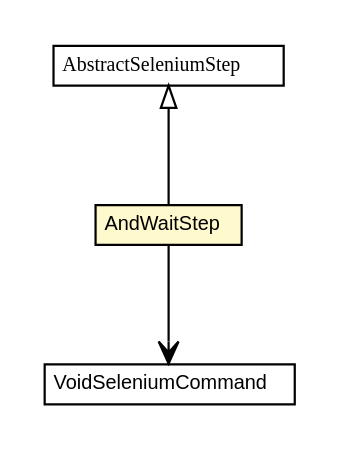
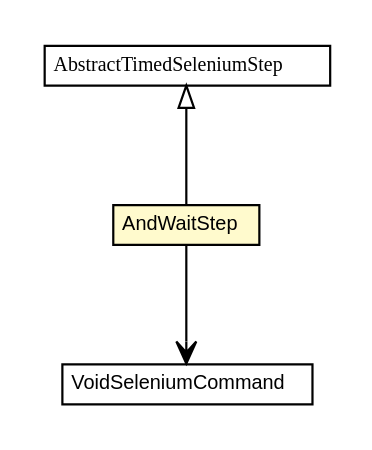
The diagram in play1-maven-plugin/1.0.0-beta8-SNAPSHOT/play-selenium-junit4/apidocs/com/google/code/play/selenium/step/AndWaitStep.dot (play1-maven-plugin/play1-maven-plugin.github.io), drawn with Graphviz before and after one commit. The commit also changed 669 other files, not shown here.

```diff
--- a/play1-maven-plugin/1.0.0-beta8-SNAPSHOT/play-selenium-junit4/apidocs/com/google/code/play/selenium/step/AndWaitStep.dot
+++ b/play1-maven-plugin/1.0.0-beta8-SNAPSHOT/play-selenium-junit4/apidocs/com/google/code/play/selenium/step/AndWaitStep.dot
@@ -1,34 +1,34 @@
 #!/usr/local/bin/dot
 #
 # Class diagram 
 # Generated by UMLGraph version R5_6-24-gf6e263 (http://www.umlgraph.org/)
 #
 
 digraph G {
 	edge [fontname="arial",fontsize=10,labelfontname="arial",labelfontsize=10];
 	node [fontname="arial",fontsize=10,shape=plaintext];
 	nodesep=0.25;
 	ranksep=0.5;
 	// com.google.code.play.selenium.step.VoidSeleniumCommand
-	c321 [label=<<table title="com.google.code.play.selenium.step.VoidSeleniumCommand" border="0" cellborder="1" cellspacing="0" cellpadding="2" port="p" href="./VoidSeleniumCommand.html">
+	c308 [label=<<table title="com.google.code.play.selenium.step.VoidSeleniumCommand" border="0" cellborder="1" cellspacing="0" cellpadding="2" port="p" href="./VoidSeleniumCommand.html">
 		<tr><td><table border="0" cellspacing="0" cellpadding="1">
 <tr><td align="center" balign="center"> VoidSeleniumCommand </td></tr>
 		</table></td></tr>
 		</table>>, URL="./VoidSeleniumCommand.html", fontname="arial", fontcolor="black", fontsize=9.0];
 	// com.google.code.play.selenium.step.AndWaitStep
-	c351 [label=<<table title="com.google.code.play.selenium.step.AndWaitStep" border="0" cellborder="1" cellspacing="0" cellpadding="2" port="p" bgcolor="lemonChiffon" href="./AndWaitStep.html">
+	c335 [label=<<table title="com.google.code.play.selenium.step.AndWaitStep" border="0" cellborder="1" cellspacing="0" cellpadding="2" port="p" bgcolor="lemonChiffon" href="./AndWaitStep.html">
 		<tr><td><table border="0" cellspacing="0" cellpadding="1">
 <tr><td align="center" balign="center"> AndWaitStep </td></tr>
 		</table></td></tr>
 		</table>>, URL="./AndWaitStep.html", fontname="arial", fontcolor="black", fontsize=9.0];
-	// com.google.code.play.selenium.step.AbstractSeleniumStep
-	c352 [label=<<table title="com.google.code.play.selenium.step.AbstractSeleniumStep" border="0" cellborder="1" cellspacing="0" cellpadding="2" port="p" href="./AbstractSeleniumStep.html">
+	// com.google.code.play.selenium.step.AbstractTimedSeleniumStep
+	c336 [label=<<table title="com.google.code.play.selenium.step.AbstractTimedSeleniumStep" border="0" cellborder="1" cellspacing="0" cellpadding="2" port="p" href="./AbstractTimedSeleniumStep.html">
 		<tr><td><table border="0" cellspacing="0" cellpadding="1">
-<tr><td align="center" balign="center"><font face="arial italic"> AbstractSeleniumStep </font></td></tr>
+<tr><td align="center" balign="center"><font face="arial italic"> AbstractTimedSeleniumStep </font></td></tr>
 		</table></td></tr>
-		</table>>, URL="./AbstractSeleniumStep.html", fontname="arial", fontcolor="black", fontsize=9.0];
-	//com.google.code.play.selenium.step.AndWaitStep extends com.google.code.play.selenium.step.AbstractSeleniumStep
-	c352:p -> c351:p [dir=back,arrowtail=empty];
+		</table>>, URL="./AbstractTimedSeleniumStep.html", fontname="arial", fontcolor="black", fontsize=9.0];
+	//com.google.code.play.selenium.step.AndWaitStep extends com.google.code.play.selenium.step.AbstractTimedSeleniumStep
+	c336:p -> c335:p [dir=back,arrowtail=empty];
 	// com.google.code.play.selenium.step.AndWaitStep NAVASSOC com.google.code.play.selenium.step.VoidSeleniumCommand
-	c351:p -> c321:p [taillabel="", label="", headlabel="", fontname="arial", fontcolor="black", fontsize=10.0, color="black", arrowhead=open];
+	c335:p -> c308:p [taillabel="", label="", headlabel="", fontname="arial", fontcolor="black", fontsize=10.0, color="black", arrowhead=open];
 }
```
